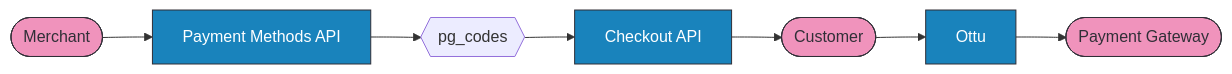
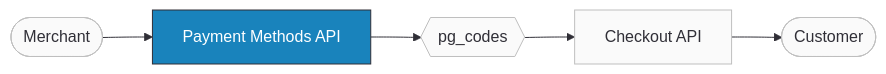
The diagram in docs/developers/payments/payment-methods.md (ottuco/docs), drawn with Mermaid before and after one commit. The commit also changed 11 other files, not shown here.

First line of the commit message:
monochrome diagrams, live checkout demo, SDK image sizing, CodeTabs fix

````diff
--- a/docs/developers/payments/payment-methods.md
+++ b/docs/developers/payments/payment-methods.md
@@ -31,14 +31,11 @@
 ```mermaid
+%%{init: {"theme": "base", "themeVariables": {"background": "#F4F4F4", "primaryColor": "#FAFAFA", "primaryTextColor": "#302F37", "primaryBorderColor": "#BFBFBF", "lineColor": "#302F37", "secondaryColor": "#FAFAFA", "tertiaryColor": "#FAFAFA"}}}%%
 graph LR
     A([Merchant]) --> B[Payment Methods API]
     B --> C{{pg_codes}}
     C --> D[Checkout API]
     D --> E([Customer])
-    E --> F[Ottu]
-    F --> G([Payment Gateway])
 
-    classDef service fill:#1983BC,color:#FFFFFF,stroke:#302F37
-    classDef external fill:#F093BC,color:#302F37,stroke:#302F37
-    class B,D,F service
-    class A,E,G external
+    classDef accent fill:#1983BC,color:#FFFFFF,stroke:#302F37
+    class B accent
 ```
````
